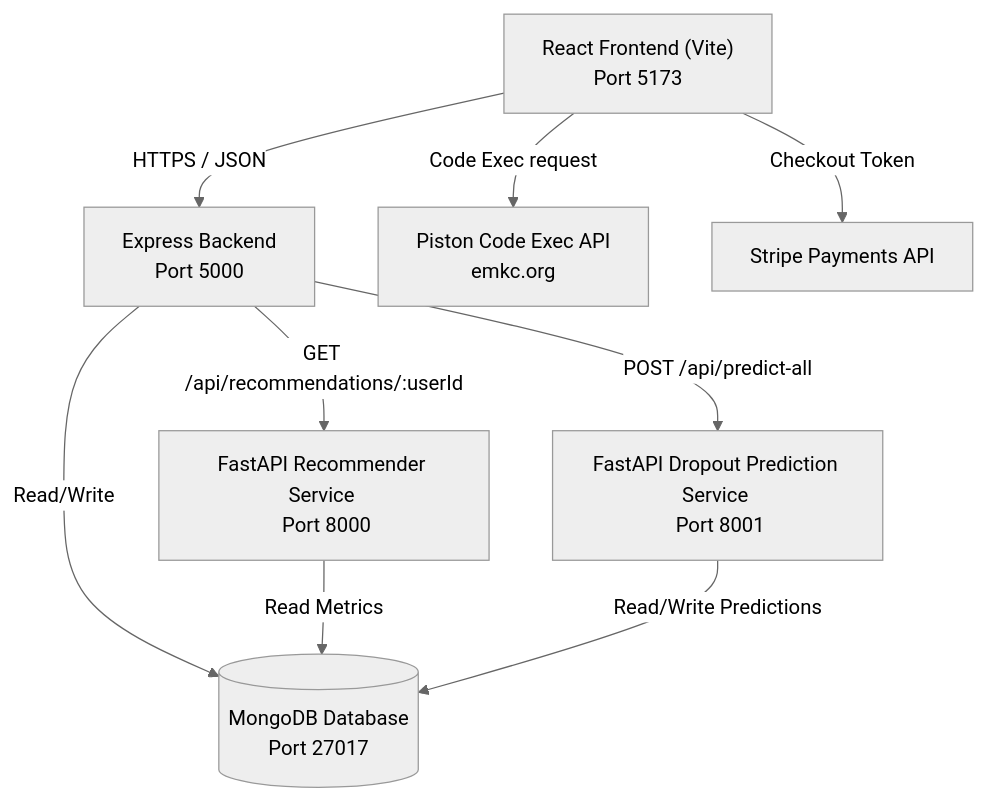
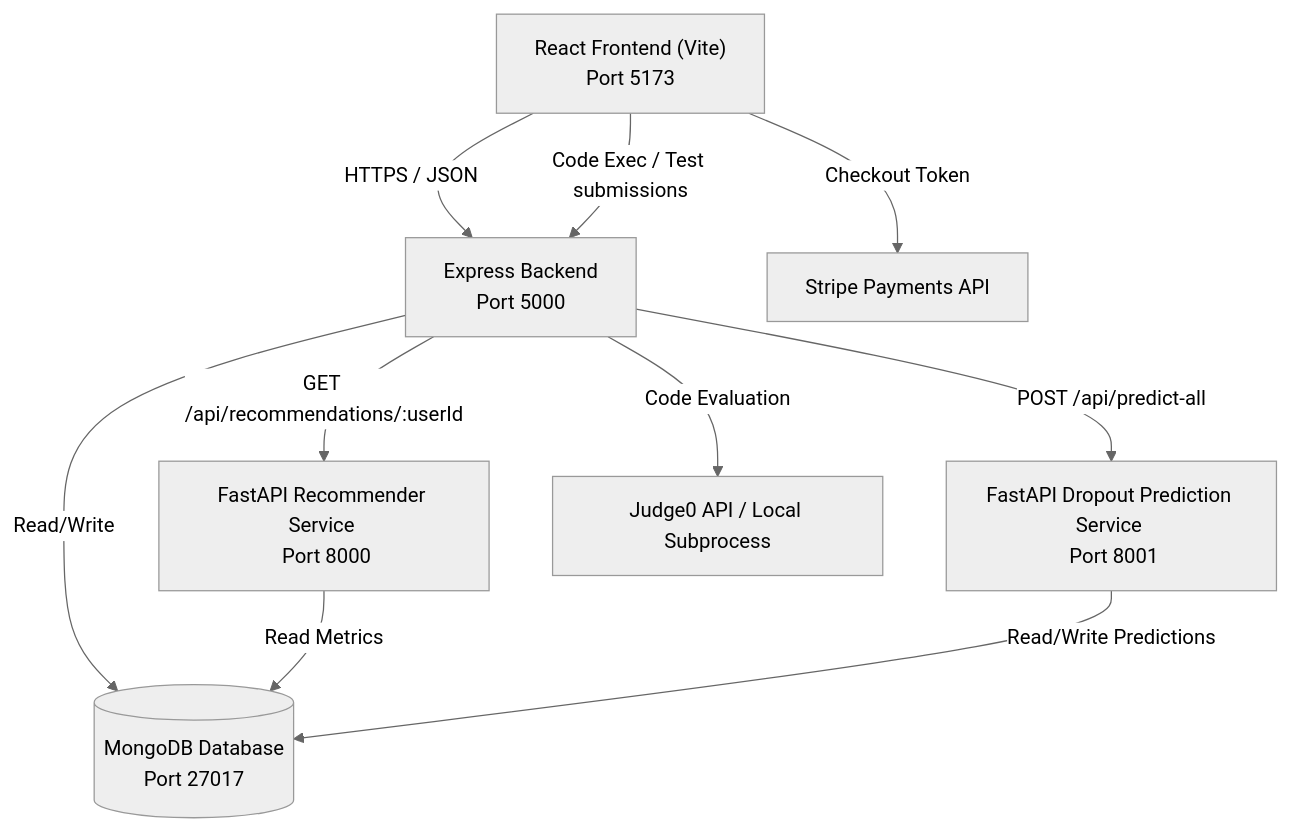
The diagram in README.md (kenzo4k/stride), drawn with Mermaid (neutral theme) before and after one commit. The commit also changed other lines of this file and 33 other files, not shown here.

Commit message:
implement judge api - add final exam for courses

````diff
--- a/README.md
+++ b/README.md
@@ -11,13 +11,14 @@
 ```mermaid
 graph TD
     Client["React Frontend (Vite) <br/> Port 5173"] -- HTTPS / JSON --> ExpressAPI["Express Backend <br/> Port 5000"]
-    Client -- Code Exec request --> Piston["Piston Code Exec API <br/> emkc.org"]
+    Client -- Code Exec / Test submissions --> ExpressAPI
     Client -- Checkout Token --> Stripe["Stripe Payments API"]
     
     ExpressAPI -- Read/Write --> MongoDB[("MongoDB Database <br/> Port 27017")]
     ExpressAPI -- GET /api/recommendations/:userId --> RecService["FastAPI Recommender Service <br/> Port 8000"]
     ExpressAPI -- POST /api/predict-all --> DropoutService["FastAPI Dropout Prediction Service <br/> Port 8001"]
+    ExpressAPI -- Code Evaluation --> Judge0["Judge0 API / Local Subprocess"]
 
     RecService -- Read Metrics --> MongoDB
     DropoutService -- Read/Write Predictions --> MongoDB
 ```
````
